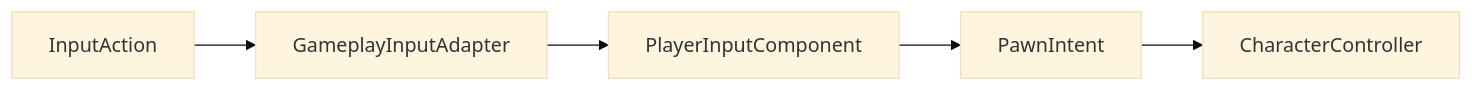
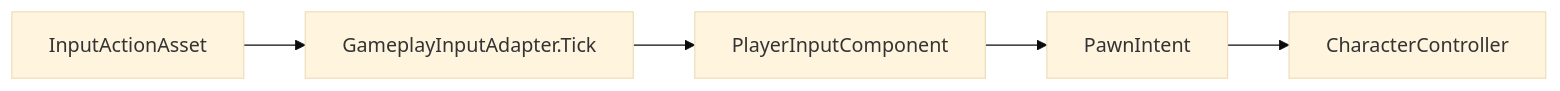
Before and after one commit to stttttttt/GrazeShotDemo: the third of 4 diagrams in Assets/Scripts/ShotGame/Docs/03_Gameplay场景接入与输入驱动计划.md, drawn with Mermaid (base theme). The commit also changed other lines of this file and 51 other files, not shown here.

````diff
--- a/Assets/Scripts/ShotGame/Docs/03_Gameplay场景接入与输入驱动计划.md
+++ b/Assets/Scripts/ShotGame/Docs/03_Gameplay场景接入与输入驱动计划.md
@@ -327,10 +358,10 @@
 ```mermaid
 flowchart LR
-    ACTION[InputAction]
-    ADAPTER[GameplayInputAdapter]
+    ACTION[InputActionAsset]
+    ADAPTER[GameplayInputAdapter.Tick]
     PLAYER_INPUT[PlayerInputComponent]
     INTENT[PawnIntent]
-    CONTROLLER[CharacterController]
+    CONTROL[CharacterController]
 
-    ACTION --> ADAPTER --> PLAYER_INPUT --> INTENT --> CONTROLLER
+    ACTION --> ADAPTER --> PLAYER_INPUT --> INTENT --> CONTROL
 ```
````
